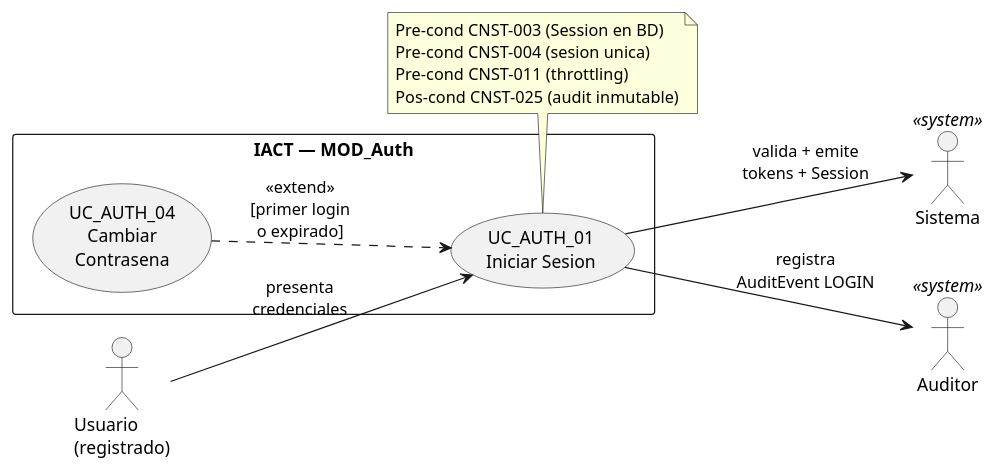
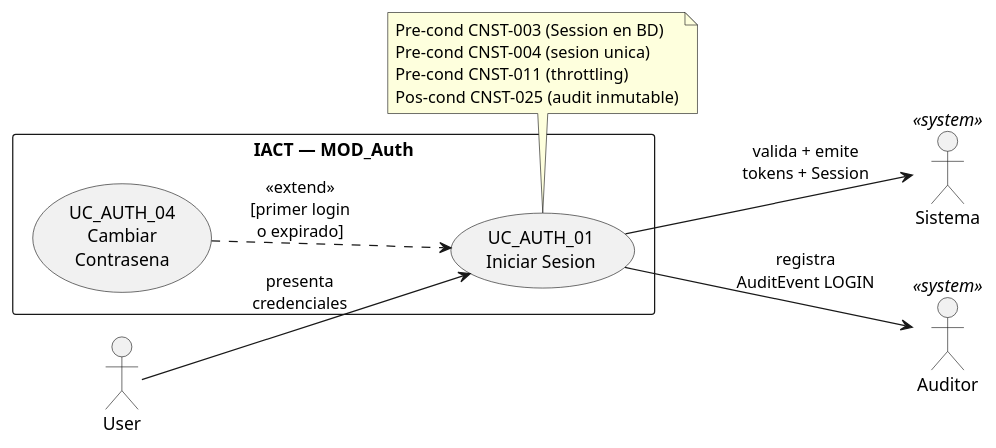
The first of 4 diagrams in source/requisitos/casos-uso/auth/uc-auth-01/diagramas-uml.rst (jcg-admin/IACT-docs), drawn with PlantUML before and after one commit. The commit also changed 77 other files, not shown here.

First line of the commit message:
Enforce RBAC function names as actors in all UML diagrams

```diff
--- a/source/requisitos/casos-uso/auth/uc-auth-01/diagramas-uml.rst
+++ b/source/requisitos/casos-uso/auth/uc-auth-01/diagramas-uml.rst
@@ -26,30 +26,30 @@
 .. uml::
  :caption: UC_AUTH_01 — diagrama de caso de uso
 
  @startuml
 
  left to right direction
 
- actor "Usuario\n(registrado)"   as U
+ actor "User"                   as U
  actor "Sistema"                 as S <<system>>
  actor "Auditor"                 as A <<system>>
 
  rectangle "IACT — MOD_Auth" {
    usecase "UC_AUTH_01\nIniciar Sesion" as UC01
    usecase "UC_AUTH_04\nCambiar\nContrasena"  as UC04
  }
 
  U  --> UC01 : presenta\ncredenciales
  UC01 --> S  : valida + emite\ntokens + Session
  UC01 --> A  : registra\nAuditEvent LOGIN
 
  UC04 ..> UC01 : <<extend>>\n[primer login\no expirado]
 
  note bottom of UC01
    Pre-cond CNST-003 (Session en BD)
    Pre-cond CNST-004 (sesion unica)
    Pre-cond CNST-011 (throttling)
    Pos-cond CNST-025 (audit inmutable)
  end note
 
  @enduml
```
